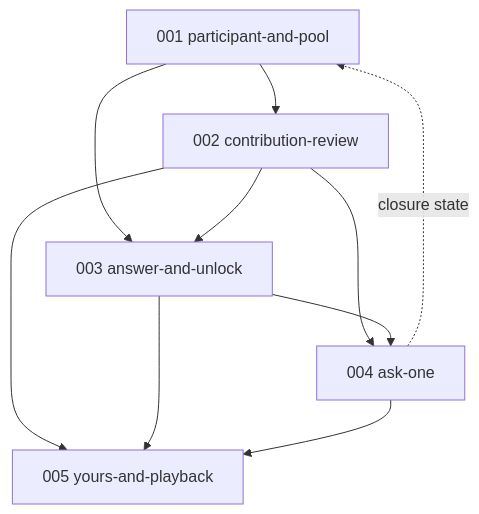
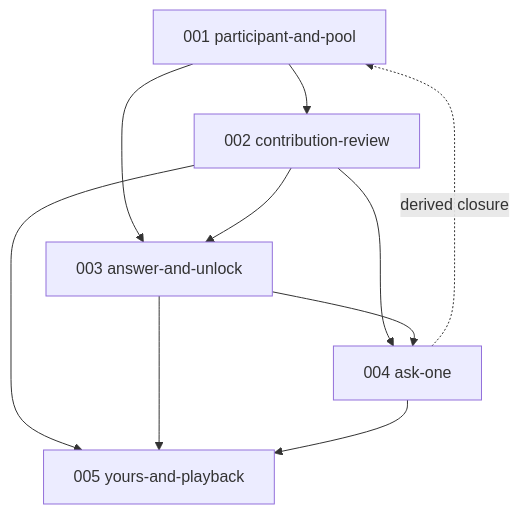
The diagram in specs/README.md (anchildress1/happen-to-have), drawn with Mermaid before and after one commit. The commit also changed other lines of this file and 4 other files, not shown here.

````diff
--- a/specs/README.md
+++ b/specs/README.md
@@ -15,20 +15,20 @@
 ```mermaid
 %%{init: {'theme':'default'}}%%
 graph TD
     accTitle: Happen to Have? spec dependency graph
     accDescr: Five specs. 001 and 002 are foundations. 003 depends on both. 004 depends on 002 and 003. 005 depends on 002, 003 and 004.
     S001["001 participant-and-pool"]
     S002["002 contribution-review"]
     S003["003 answer-and-unlock"]
     S004["004 ask-one"]
     S005["005 yours-and-playback"]
     S001 --> S002
     S001 --> S003
     S002 --> S003
     S002 --> S004
     S003 --> S004
     S002 --> S005
     S003 --> S005
     S004 --> S005
-    S004 -. "closure state" .-> S001
+    S004 -. "derived closure" .-> S001
 ```
````
